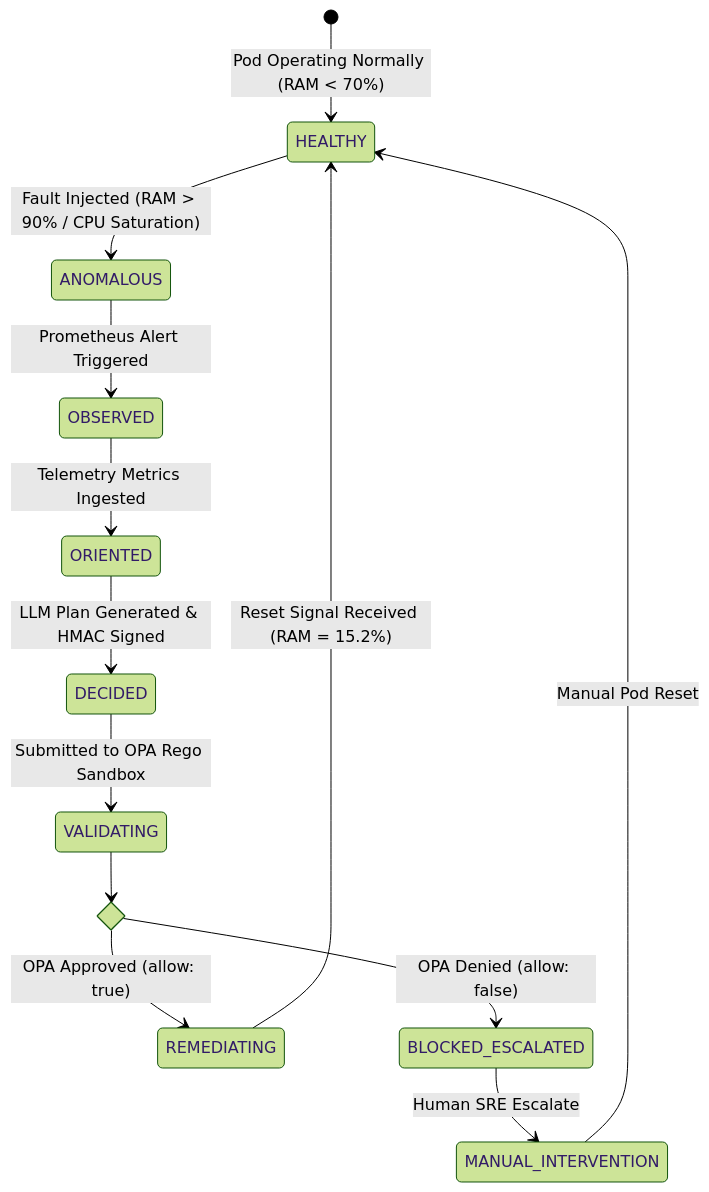
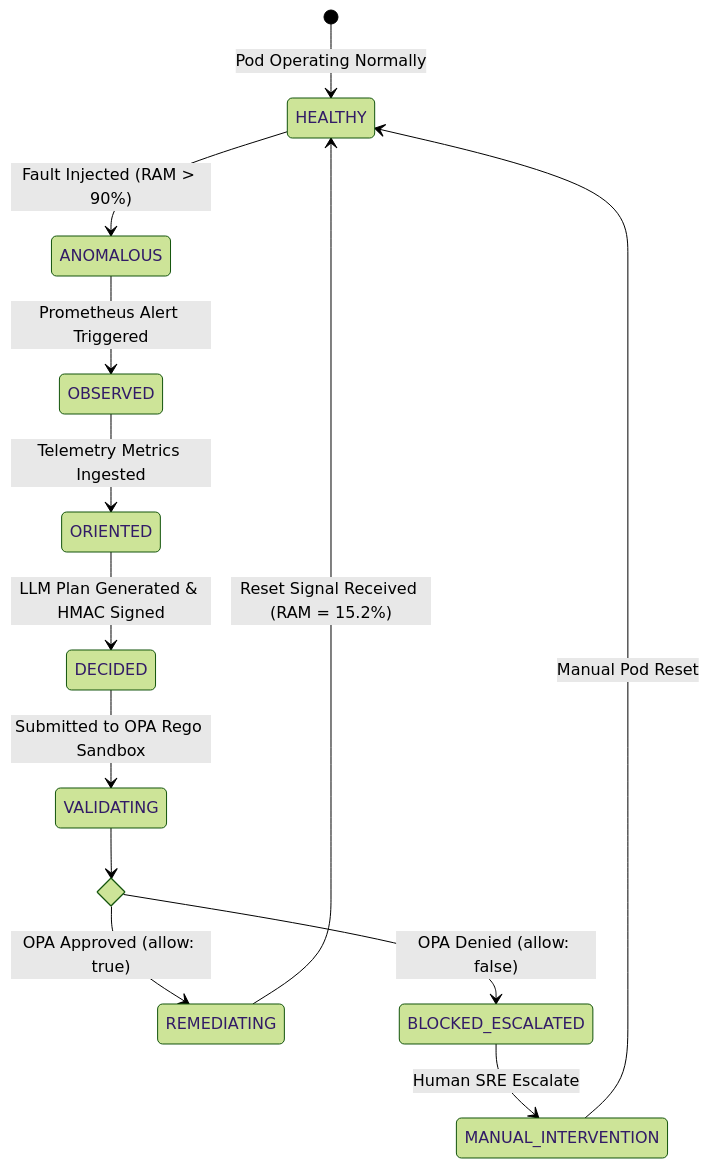
Diagram 11 of 11 in ASHIP_PROJECT_DOCUMENTATION.md (Lalit2615/ASHIP), drawn with Mermaid (forest theme) before and after one commit. The commit also changed other lines of this file, not shown here.

Commit message:
fix(docs): resolve Mermaid diagram syntax rendering issues for all 11 diagrams

````diff
--- a/ASHIP_PROJECT_DOCUMENTATION.md
+++ b/ASHIP_PROJECT_DOCUMENTATION.md
@@ -481,19 +469,19 @@
 ```mermaid
 stateDiagram-v2
-    [*] --> HEALTHY : Pod Operating Normally (RAM < 70%)
-    HEALTHY --> ANOMALOUS : Fault Injected (RAM > 90% / CPU Saturation)
+    [*] --> HEALTHY : Pod Operating Normally
+    HEALTHY --> ANOMALOUS : Fault Injected (RAM > 90%)
     ANOMALOUS --> OBSERVED : Prometheus Alert Triggered
     OBSERVED --> ORIENTED : Telemetry Metrics Ingested
     ORIENTED --> DECIDED : LLM Plan Generated & HMAC Signed
     DECIDED --> VALIDATING : Submitted to OPA Rego Sandbox
 
     state PolicyCheck <<choice>>
     VALIDATING --> PolicyCheck
 
     PolicyCheck --> REMEDIATING : OPA Approved (allow: true)
     PolicyCheck --> BLOCKED_ESCALATED : OPA Denied (allow: false)
 
     REMEDIATING --> HEALTHY : Reset Signal Received (RAM = 15.2%)
     BLOCKED_ESCALATED --> MANUAL_INTERVENTION : Human SRE Escalate
     MANUAL_INTERVENTION --> HEALTHY : Manual Pod Reset
 ```
````
